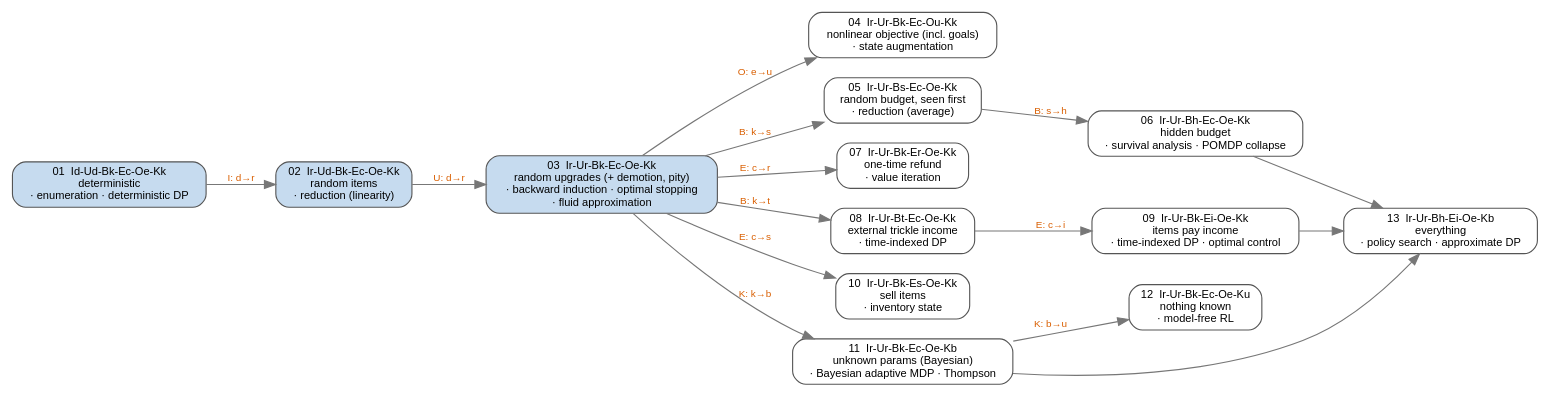
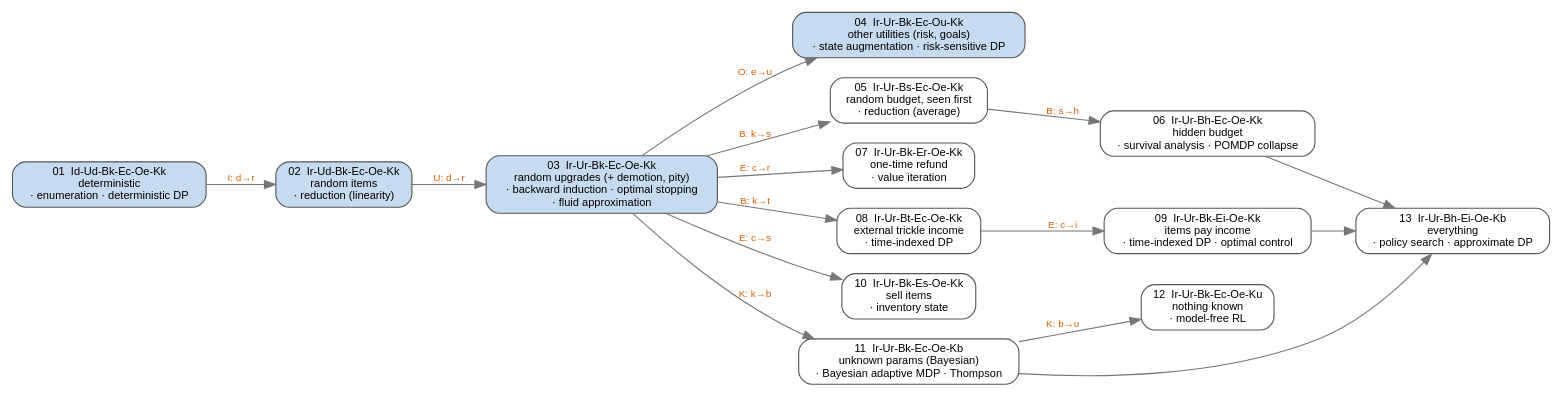
The diagram in probability/sequential_decision_making_under_uncertainty/figures/ladder_map.dot (ssarkar2/notes), drawn with Graphviz before and after one commit. The commit also changed 11 other files, not shown here.

First line of the commit message:
Add problem 04 (other utilities): state augmentation, risk-sensitive DP

```diff
--- a/probability/sequential_decision_making_under_uncertainty/figures/ladder_map.dot
+++ b/probability/sequential_decision_making_under_uncertainty/figures/ladder_map.dot
@@ -1,36 +1,36 @@
 // Ladder of problems: each edge = one axis loosened. Filled = built, white = planned.
 // Build: ./build.sh
 digraph ladder {
   rankdir=LR;
   graph [fontname="Helvetica", fontsize=11, nodesep=0.25, ranksep=0.5, bgcolor="white"];
   node  [shape=box, style="rounded,filled", fontname="Helvetica", fontsize=10, fillcolor="white", color="#555555"];
   edge  [fontname="Helvetica", fontsize=9, color="#777777", fontcolor="#d95f02"];
 
   // fillcolor "#c6dbef" = built
   p01 [label="01  Id-Ud-Bk-Ec-Oe-Kk\ndeterministic\n· enumeration · deterministic DP", fillcolor="#c6dbef"];
   p02 [label="02  Ir-Ud-Bk-Ec-Oe-Kk\nrandom items\n· reduction (linearity)", fillcolor="#c6dbef"];
   p03 [label="03  Ir-Ur-Bk-Ec-Oe-Kk\nrandom upgrades (+ demotion, pity)\n· backward induction · optimal stopping\n· fluid approximation", fillcolor="#c6dbef"];
-  p04 [label="04  Ir-Ur-Bk-Ec-Ou-Kk\nnonlinear objective (incl. goals)\n· state augmentation"];
+  p04 [label="04  Ir-Ur-Bk-Ec-Ou-Kk\nother utilities (risk, goals)\n· state augmentation · risk-sensitive DP", fillcolor="#c6dbef"];
   p05 [label="05  Ir-Ur-Bs-Ec-Oe-Kk\nrandom budget, seen first\n· reduction (average)"];
   p06 [label="06  Ir-Ur-Bh-Ec-Oe-Kk\nhidden budget\n· survival analysis · POMDP collapse"];
   p07 [label="07  Ir-Ur-Bk-Er-Oe-Kk\none-time refund\n· value iteration"];
   p08 [label="08  Ir-Ur-Bt-Ec-Oe-Kk\nexternal trickle income\n· time-indexed DP"];
   p09 [label="09  Ir-Ur-Bk-Ei-Oe-Kk\nitems pay income\n· time-indexed DP · optimal control"];
   p10 [label="10  Ir-Ur-Bk-Es-Oe-Kk\nsell items\n· inventory state"];
   p11 [label="11  Ir-Ur-Bk-Ec-Oe-Kb\nunknown params (Bayesian)\n· Bayesian adaptive MDP · Thompson"];
   p12 [label="12  Ir-Ur-Bk-Ec-Oe-Ku\nnothing known\n· model-free RL"];
   p13 [label="13  Ir-Ur-Bh-Ei-Oe-Kb\neverything\n· policy search · approximate DP"];
 
   p01 -> p02 [label="I: d→r"];
   p02 -> p03 [label="U: d→r"];
   p03 -> p04 [label="O: e→u"];
   p03 -> p05 [label="B: k→s"];
   p05 -> p06 [label="B: s→h"];
   p03 -> p07 [label="E: c→r"];
   p03 -> p08 [label="B: k→t"];
   p08 -> p09 [label="E: c→i"];
   p03 -> p10 [label="E: c→s"];
   p03 -> p11 [label="K: k→b"];
   p11 -> p12 [label="K: b→u"];
   p06 -> p13; p09 -> p13; p11 -> p13;
 }
```
